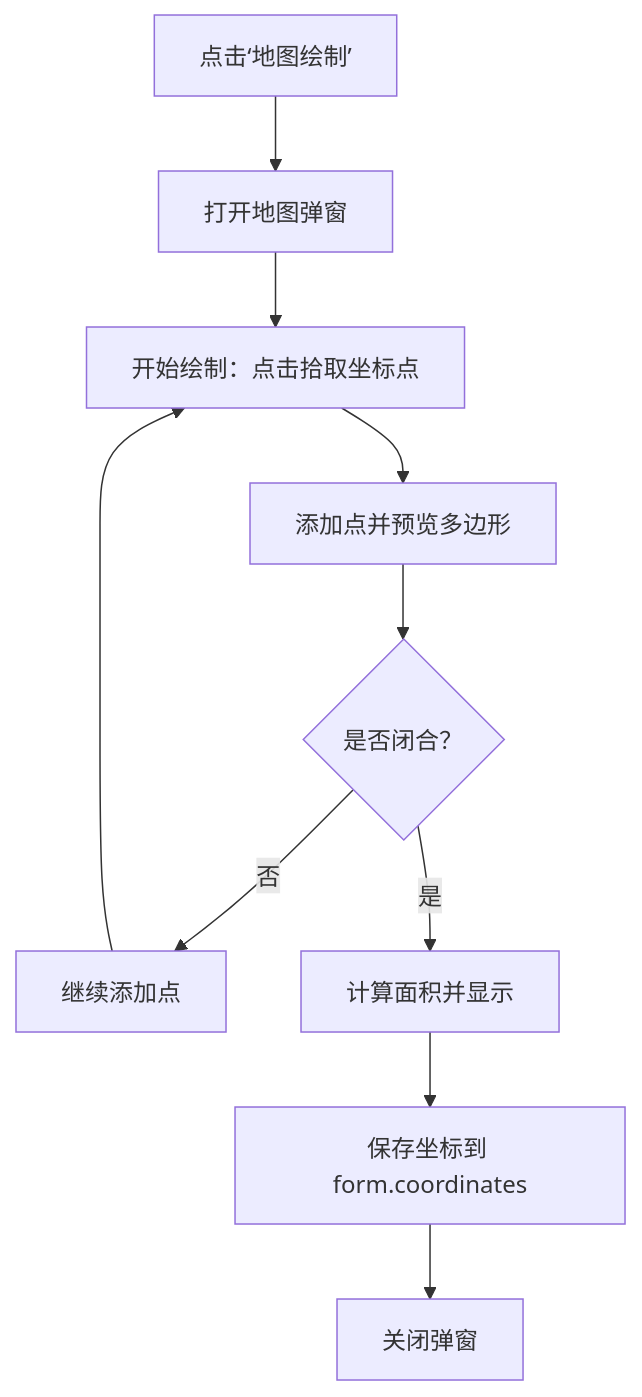
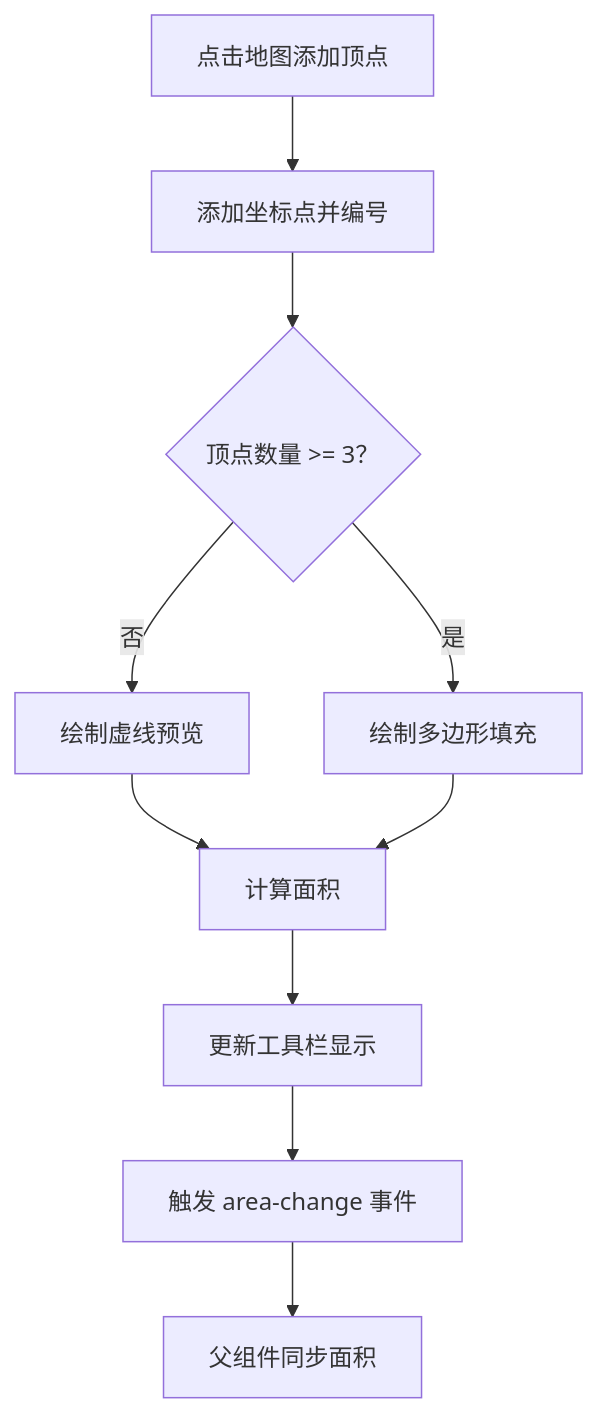
Before and after one commit to q446328246/agri-platform: the fourth of 8 diagrams in .qoder/repowiki/zh/content/前端应用文档/核心页面/地块管理页面/地块编辑页面.md, drawn with Mermaid. The commit also changed other lines of this file and 110 other files, not shown here.

````diff
--- a/.qoder/repowiki/zh/content/前端应用文档/核心页面/地块管理页面/地块编辑页面.md
+++ b/.qoder/repowiki/zh/content/前端应用文档/核心页面/地块管理页面/地块编辑页面.md
@@ -198,12 +241,12 @@
 ```mermaid
 flowchart TD
-Click["点击‘地图绘制’"] --> OpenMap["打开地图弹窗"]
-OpenMap --> DrawStart["开始绘制：点击拾取坐标点"]
-DrawStart --> AddPoint["添加点并预览多边形"]
-AddPoint --> CloseCheck{"是否闭合？"}
-CloseCheck --> |否| Continue["继续添加点"]
-CloseCheck --> |是| Compute["计算面积并显示"]
-Compute --> SaveCoords["保存坐标到 form.coordinates"]
-SaveCoords --> CloseMap["关闭弹窗"]
-Continue --> DrawStart
+Click["点击地图添加顶点"] --> AddPoint["添加坐标点并编号"]
+AddPoint --> CheckPoints{"顶点数量 >= 3？"}
+CheckPoints --> |否| DrawLine["绘制虚线预览"]
+CheckPoints --> |是| DrawPolygon["绘制多边形填充"]
+DrawLine --> CalcArea["计算面积"]
+DrawPolygon --> CalcArea
+CalcArea --> UpdateUI["更新工具栏显示"]
+UpdateUI --> EmitEvent["触发 area-change 事件"]
+EmitEvent --> ParentSync["父组件同步面积"]
 ```
````
